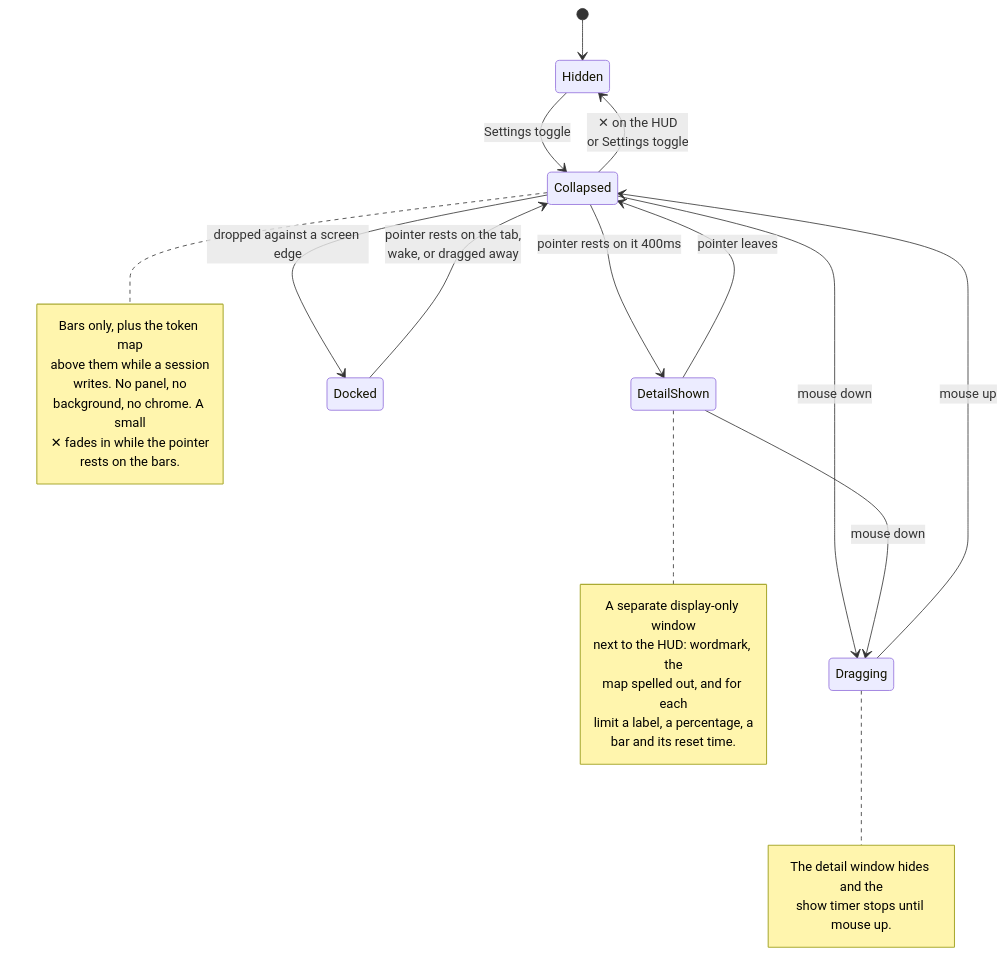
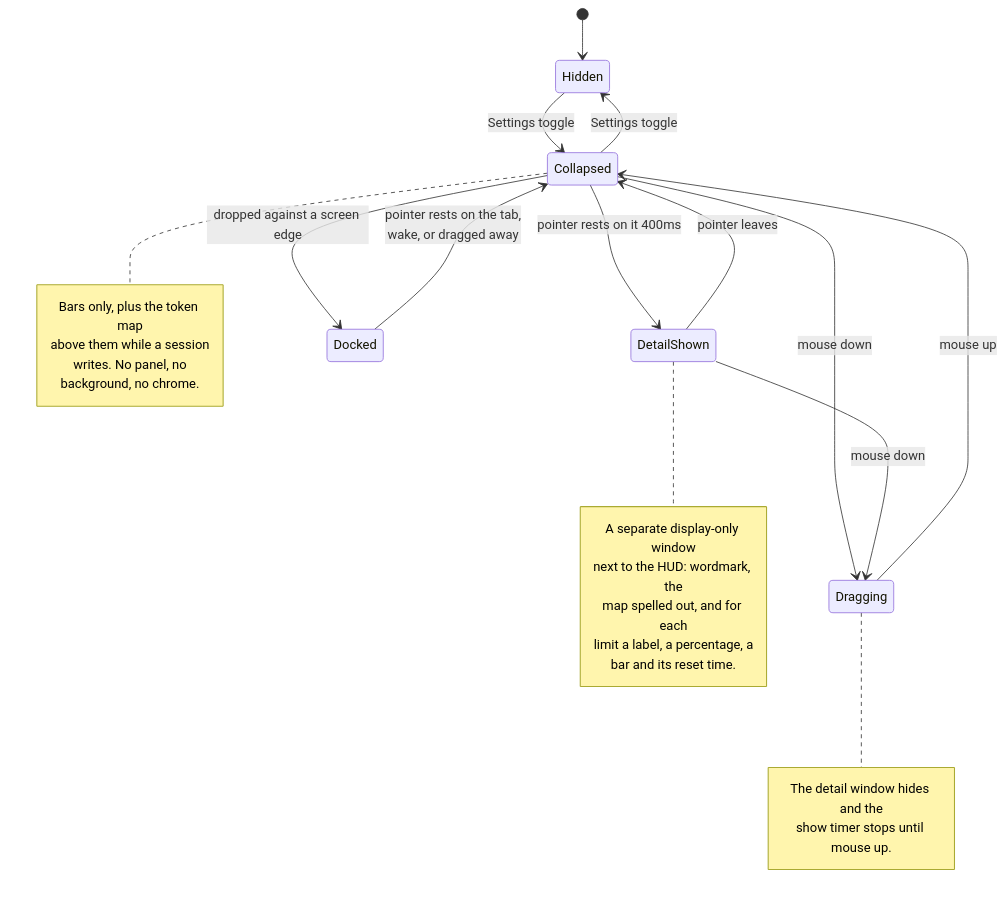
The diagram in docs/hud-states.md (antiburn/antiburn), drawn with Mermaid before and after one commit. The commit also changed other lines of this file and 6 other files, not shown here.

````diff
--- a/docs/hud-states.md
+++ b/docs/hud-states.md
@@ -14,36 +14,34 @@
 ```mermaid
 stateDiagram-v2
     [*] --> Hidden
     Hidden --> Collapsed: Settings toggle
-    Collapsed --> Hidden: ✕ on the HUD<br/>or Settings toggle
+    Collapsed --> Hidden: Settings toggle
 
     Collapsed --> DetailShown: pointer rests on it 400ms
     DetailShown --> Collapsed: pointer leaves
 
     Collapsed --> Dragging: mouse down
     DetailShown --> Dragging: mouse down
     Dragging --> Collapsed: mouse up
 
     Collapsed --> Docked: dropped against a screen edge
     Docked --> Collapsed: pointer rests on the tab,<br/>wake, or dragged away
 
     note right of Collapsed
         Bars only, plus the token map
         above them while a session
         writes. No panel, no
-        background, no chrome. A small
-        ✕ fades in while the pointer
-        rests on the bars.
+        background, no chrome.
     end note
     note right of DetailShown
         A separate display-only window
         next to the HUD: wordmark, the
         map spelled out, and for each
         limit a label, a percentage, a
         bar and its reset time.
     end note
     note right of Dragging
         The detail window hides and the
         show timer stops until mouse up.
     end note
 ```
````
